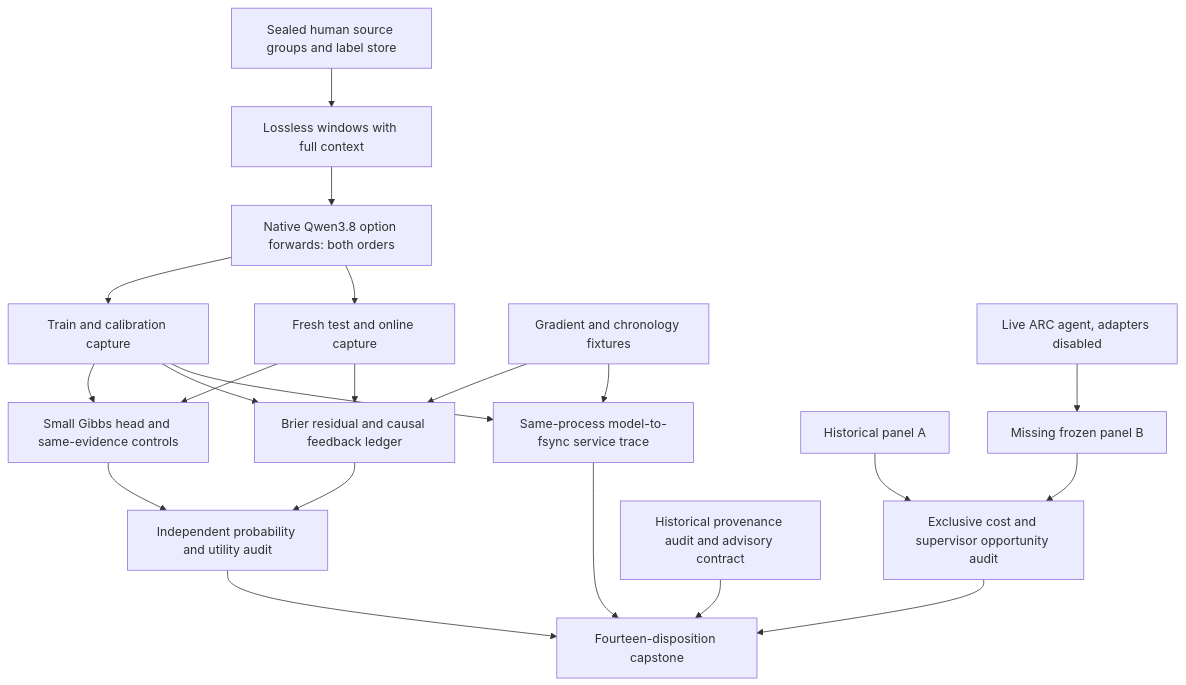
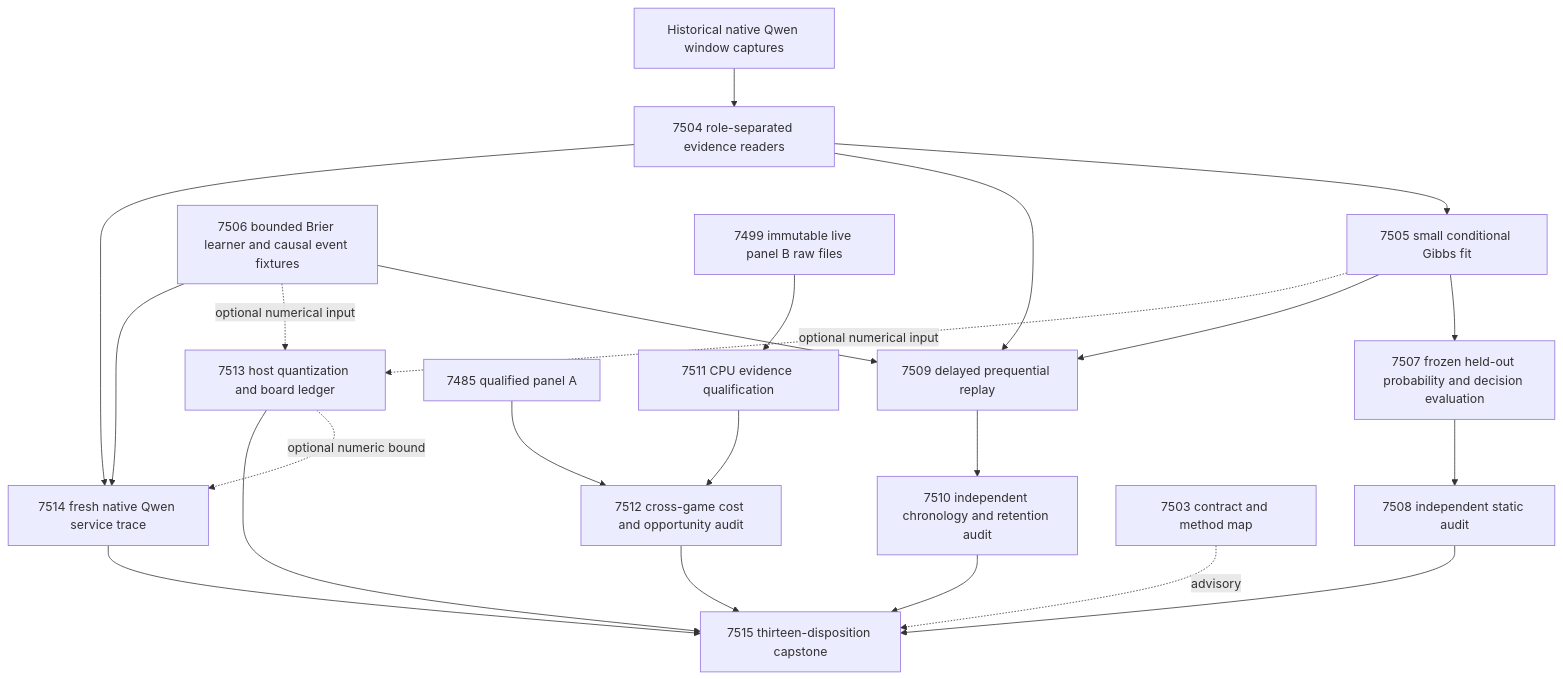
One commit to Carnot-EBM/carnot-ebm changed the first of 2 diagrams in openspec/change-proposals/research-roadmap-vNEXT.md. Above: the diagram before and after it, drawn with Mermaid. The commit also changed other lines of this file and 19 other files, not shown here.

````diff
--- a/openspec/change-proposals/research-roadmap-vNEXT.md
+++ b/openspec/change-proposals/research-roadmap-vNEXT.md
@@ -100,23 +123,25 @@
 ```mermaid
 flowchart TD
-    H[Sealed human source groups and label store] --> P[Lossless windows with full context]
-    P --> Q[Native Qwen3.8 option forwards: both orders]
-    Q --> F[Train and calibration capture]
-    Q --> T[Fresh test and online capture]
-    F --> G[Small Gibbs head and same-evidence controls]
-    T --> G
-    F --> U[Brier residual and causal feedback ledger]
-    T --> U
-    C[Gradient and chronology fixtures] --> U
-    G --> A[Independent probability and utility audit]
-    U --> A
-    R[Live ARC agent, adapters disabled] --> B[Missing frozen panel B]
-    B --> X[Exclusive cost and supervisor opportunity audit]
-    HA[Historical panel A] --> X
-    F --> S[Same-process model-to-fsync service trace]
-    C --> S
-    A --> Z[Fourteen-disposition capstone]
-    X --> Z
-    S --> Z
-    D[Historical provenance audit and advisory contract] --> Z
+  Q[Historical native Qwen window captures] --> R[7504 role-separated evidence readers]
+  R --> F[7505 small conditional Gibbs fit]
+  F --> S[7507 frozen held-out probability and decision evaluation]
+  S --> SA[7508 independent static audit]
+  P[7506 bounded Brier learner and causal event fixtures] --> O[7509 delayed prequential replay]
+  R --> O
+  F --> O
+  O --> OA[7510 independent chronology and retention audit]
+  B[7499 immutable live panel B raw files] --> BR[7511 CPU evidence qualification]
+  A[7485 qualified panel A] --> AR[7512 cross-game cost and opportunity audit]
+  BR --> AR
+  F -. optional numerical input .-> H[7513 host quantization and board ledger]
+  P -. optional numerical input .-> H
+  R --> T[7514 fresh native Qwen service trace]
+  P --> T
+  H -. optional numeric bound .-> T
+  SA --> C[7515 thirteen-disposition capstone]
+  OA --> C
+  AR --> C
+  H --> C
+  T --> C
+  M[7503 contract and method map] -. advisory .-> C
 ```
````
